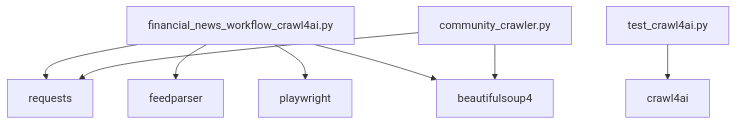
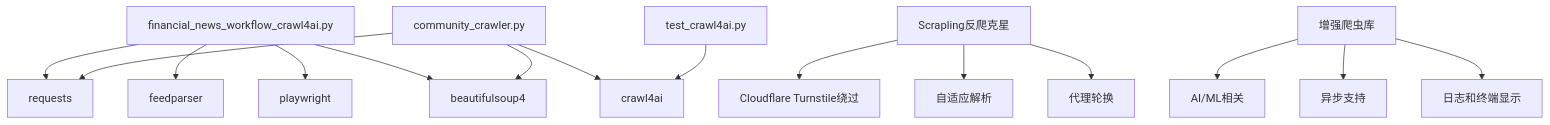
One commit to jy2360136/redbook changed the seventh of 7 diagrams in .qoder/repowiki/zh/content/核心模块/金融新闻自动化工作流/工作流核心功能.md. Above: the diagram before and after it, drawn with Mermaid. The commit also changed other lines of this file and 33 other files, not shown here.

````diff
--- a/.qoder/repowiki/zh/content/核心模块/金融新闻自动化工作流/工作流核心功能.md
+++ b/.qoder/repowiki/zh/content/核心模块/金融新闻自动化工作流/工作流核心功能.md
@@ -220,10 +257,17 @@
 ```mermaid
 graph TB
 A["financial_news_workflow_crawl4ai.py"] --> B["requests"]
 A --> C["feedparser"]
 A --> D["playwright"]
 A --> E["beautifulsoup4"]
 F["community_crawler.py"] --> B
 F --> E
-G["test_crawl4ai.py"] --> H["crawl4ai"]
+F --> G["crawl4ai"]
+H["test_crawl4ai.py"] --> G
+I["Scrapling反爬克星"] --> J["Cloudflare Turnstile绕过"]
+I --> K["自适应解析"]
+I --> L["代理轮换"]
+M["增强爬虫库"] --> N["AI/ML相关"]
+M --> O["异步支持"]
+M --> P["日志和终端显示"]
 ```
````
